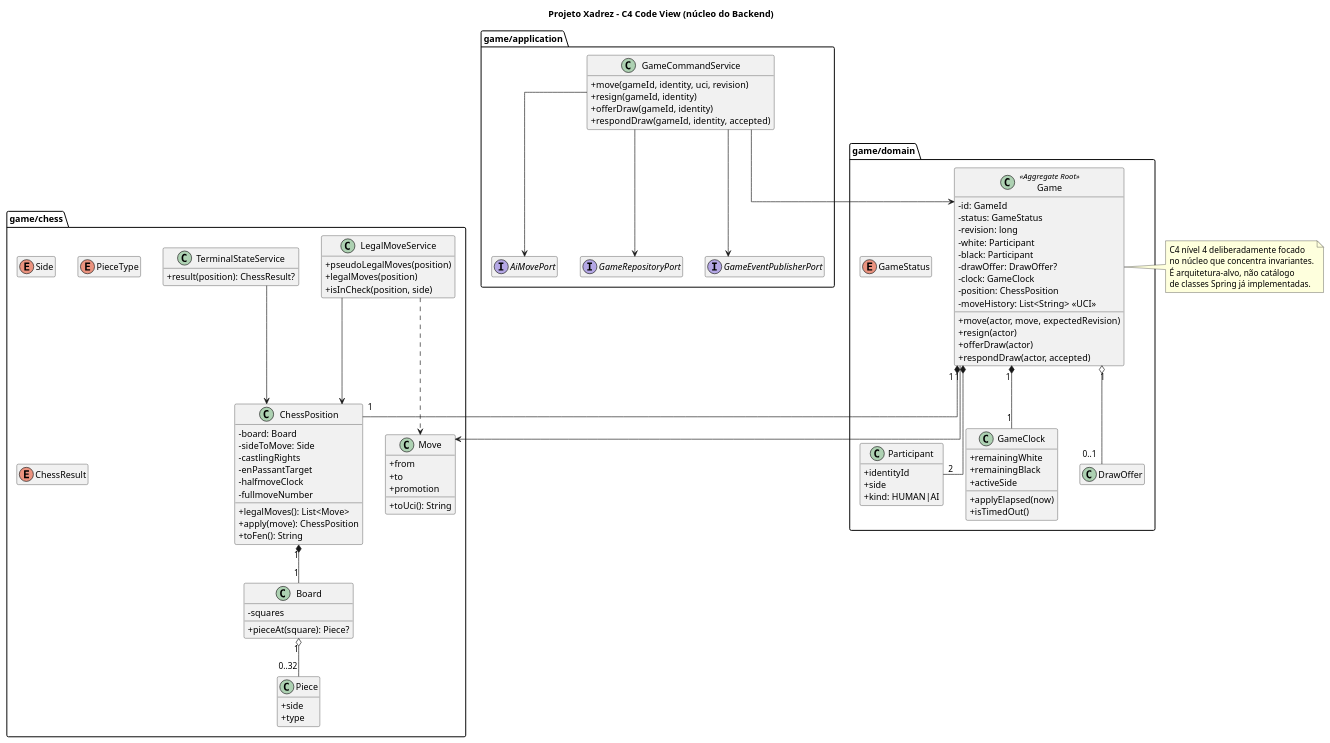
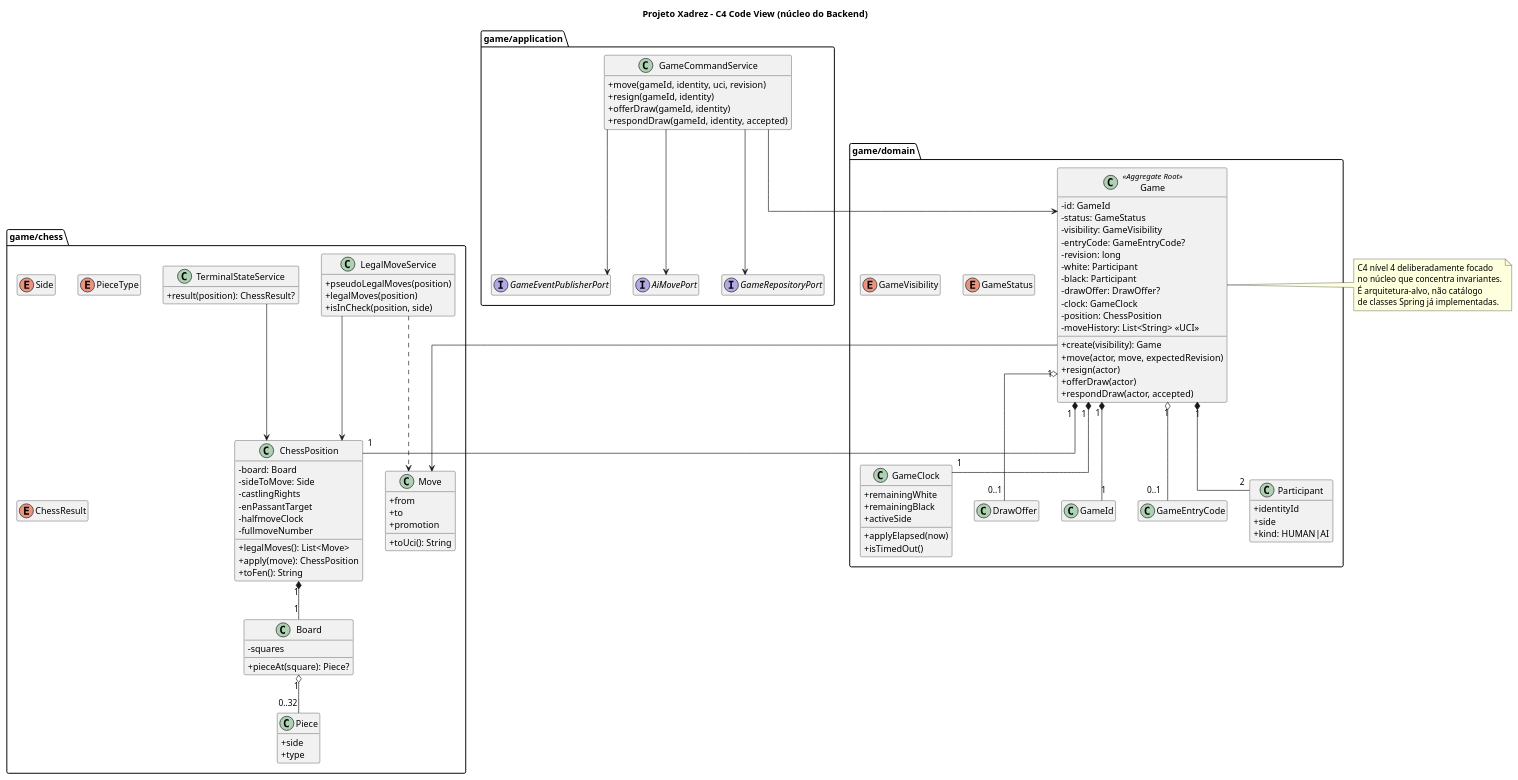
Before and after one commit to brenomega/chess-backend: the diagram in docs/architecture/diagrams/c4-domain-code.puml, drawn with PlantUML. The commit also changed 8 other files, not shown here.

```diff
--- a/docs/architecture/diagrams/c4-domain-code.puml
+++ b/docs/architecture/diagrams/c4-domain-code.puml
@@ -1,122 +1,130 @@
 @startuml
 hide empty members
 skinparam classAttributeIconSize 0
 skinparam linetype ortho
 
 title Projeto Xadrez - C4 Code View (núcleo do Backend)
 
 package "game/domain" {
   class Game <<Aggregate Root>> {
     - id: GameId
     - status: GameStatus
+    - visibility: GameVisibility
+    - entryCode: GameEntryCode?
     - revision: long
     - white: Participant
     - black: Participant
     - drawOffer: DrawOffer?
     - clock: GameClock
     - position: ChessPosition
     - moveHistory: List<String> <<UCI>>
+    + create(visibility): Game
     + move(actor, move, expectedRevision)
     + resign(actor)
     + offerDraw(actor)
     + respondDraw(actor, accepted)
   }
 
   class Participant {
     + identityId
     + side
     + kind: HUMAN|AI
   }
 
   class GameClock {
     + remainingWhite
     + remainingBlack
     + activeSide
     + applyElapsed(now)
     + isTimedOut()
   }
 
   class DrawOffer
+  class GameId
+  class GameEntryCode
   enum GameStatus
+  enum GameVisibility
 }
 
 package "game/chess" {
   class ChessPosition {
     - board: Board
     - sideToMove: Side
     - castlingRights
     - enPassantTarget
     - halfmoveClock
     - fullmoveNumber
     + legalMoves(): List<Move>
     + apply(move): ChessPosition
     + toFen(): String
   }
 
   class Board {
     - squares
     + pieceAt(square): Piece?
   }
 
   class Move {
     + from
     + to
     + promotion
     + toUci(): String
   }
 
   class Piece {
     + side
     + type
   }
 
   class LegalMoveService {
     + pseudoLegalMoves(position)
     + legalMoves(position)
     + isInCheck(position, side)
   }
 
   class TerminalStateService {
     + result(position): ChessResult?
   }
 
   enum Side
   enum PieceType
   enum ChessResult
 }
 
 package "game/application" {
   class GameCommandService {
     + move(gameId, identity, uci, revision)
     + resign(gameId, identity)
     + offerDraw(gameId, identity)
     + respondDraw(gameId, identity, accepted)
   }
 
   interface GameRepositoryPort
   interface GameEventPublisherPort
   interface AiMovePort
 }
 
 Game "1" *-- "1" ChessPosition
 Game "1" *-- "1" GameClock
 Game "1" *-- "2" Participant
 Game "1" o-- "0..1" DrawOffer
+Game "1" *-- "1" GameId
+Game "1" o-- "0..1" GameEntryCode
 ChessPosition "1" *-- "1" Board
 Board "1" o-- "0..32" Piece
 LegalMoveService --> ChessPosition
 TerminalStateService --> ChessPosition
 LegalMoveService ..> Move
 GameCommandService --> GameRepositoryPort
 GameCommandService --> Game
 GameCommandService --> GameEventPublisherPort
 GameCommandService --> AiMovePort
 Game --> Move
 
 note right of Game
 C4 nível 4 deliberadamente focado
 no núcleo que concentra invariantes.
 É arquitetura-alvo, não catálogo
 de classes Spring já implementadas.
 end note
 @enduml
```
